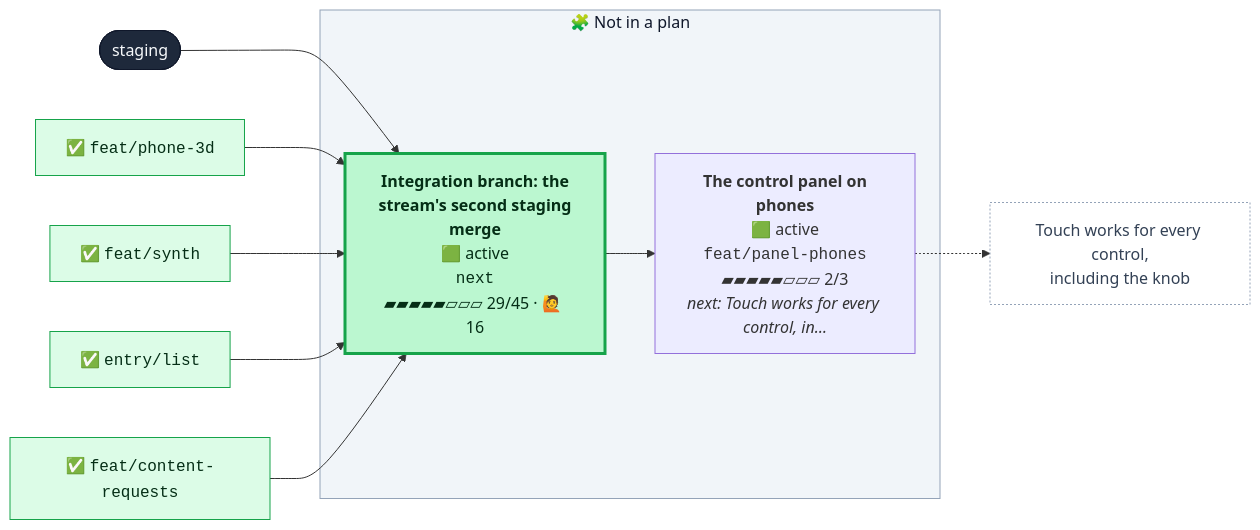
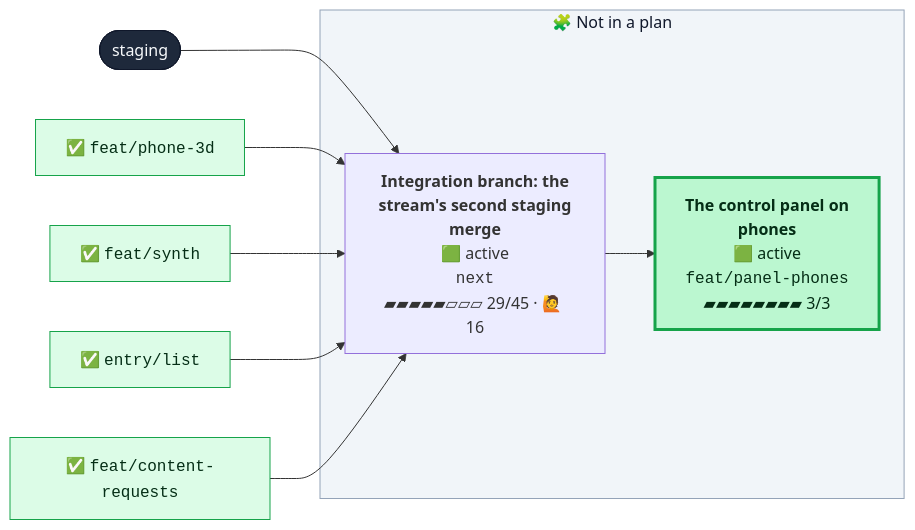
The first of 2 diagrams in CONTRIBUTING.md (henryjonescodes/portfolio), drawn with Mermaid before and after one commit. The commit also changed other lines of this file, not shown here.

````diff
--- a/CONTRIBUTING.md
+++ b/CONTRIBUTING.md
@@ -16,38 +16,35 @@
 ```mermaid
 flowchart LR
   n_staging([staging])
   class n_staging trunk
   subgraph loose["🧩 Not in a plan"]
-    n_feat_panel_phones["<b>The control panel on<br/>phones</b><br/>🟩 active<br/><code>feat/panel-phones</code><br/>▰▰▰▰▰▱▱▱ 2/3<br/><i>next: Touch works for every control, in…</i>"]
-    class n_feat_panel_phones active,current
+    n_feat_panel_phones["<b>The control panel on<br/>phones</b><br/>🟩 active<br/><code>feat/panel-phones</code><br/>▰▰▰▰▰▰▰▰ 3/3"]
+    class n_feat_panel_phones active
     n_next["<b>Integration branch: the<br/>stream's second staging<br/>merge</b><br/>🟩 active<br/><code>next</code><br/>▰▰▰▰▰▱▱▱ 29/45 · 🙋 16"]
-    class n_next active
+    class n_next active,current
   end
   style loose fill:#f1f5f9,stroke:#94a3b8,color:#0f172a
   n_next --> n_feat_panel_phones
   n_staging --> n_next
-  n_feat_panel_phones_t0["Touch works for every control,<br/>including the knob"]
-  class n_feat_panel_phones_t0 todo
-  n_feat_panel_phones -.-> n_feat_panel_phones_t0
   n_next_m0["✅ <code>feat/phone-3d</code>"]
   class n_next_m0 merged
   n_next_m0 --> n_next
   n_next_m1["✅ <code>feat/synth</code>"]
   class n_next_m1 merged
   n_next_m1 --> n_next
   n_next_m2["✅ <code>entry/list</code>"]
   class n_next_m2 merged
   n_next_m2 --> n_next
   n_next_m3["✅ <code>feat/content-requests</code>"]
   class n_next_m3 merged
   n_next_m3 --> n_next
   classDef merged fill:#dcfce7,stroke:#16a34a,color:#052e16
   classDef todo fill:#ffffff,stroke:#94a3b8,stroke-dasharray:2 2,color:#334155
   classDef planned fill:#c7d2fe,stroke:#4f46e5,color:#1e1b4b
   classDef sketched fill:#f8fafc,stroke:#64748b,stroke-dasharray:4 3,color:#334155
   classDef active fill:#bbf7d0,stroke:#16a34a,stroke-width:3px,color:#052e16
   classDef review fill:#fde68a,stroke:#d97706,stroke-width:3px,color:#451a03
   classDef blocked fill:#fecaca,stroke:#dc2626,stroke-width:3px,color:#450a0a
   classDef trunk fill:#1e293b,stroke:#0f172a,color:#f8fafc
   classDef current stroke:#0ea5e9,stroke-width:5px
 ```
````
